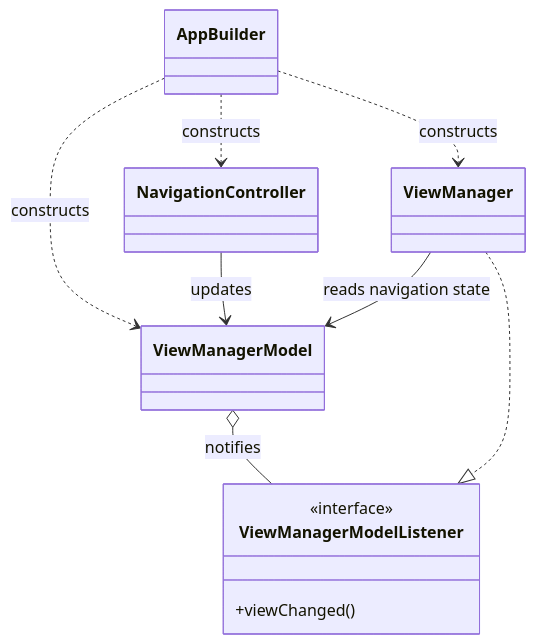
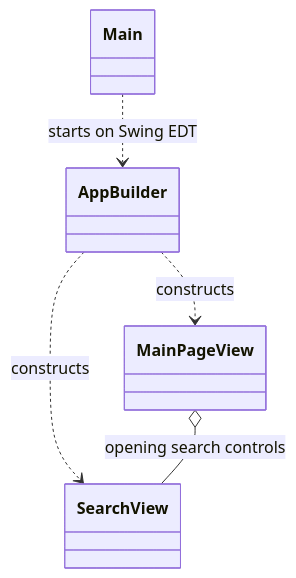
Before and after one commit to CSC207-2025F-UofT/team-project: the first of 2 diagrams in README.md, drawn with Mermaid. The commit also changed other lines of this file and 116 other files, not shown here.

````diff
--- a/README.md
+++ b/README.md
@@ -289,18 +289,11 @@
 ```mermaid
 classDiagram
+    class Main
     class AppBuilder
-    class NavigationController
-    class ViewManagerModel
-    class ViewManagerModelListener {
-        <<interface>>
-        +viewChanged()
-    }
-    class ViewManager
-    AppBuilder ..> NavigationController : constructs
-    AppBuilder ..> ViewManagerModel : constructs
-    AppBuilder ..> ViewManager : constructs
-    NavigationController --> ViewManagerModel : updates
-    ViewManagerModel o-- ViewManagerModelListener : notifies
-    ViewManager ..|> ViewManagerModelListener
-    ViewManager --> ViewManagerModel : reads navigation state
+    class MainPageView
+    class SearchView
+    Main ..> AppBuilder : starts on Swing EDT
+    AppBuilder ..> MainPageView : constructs
+    AppBuilder ..> SearchView : constructs
+    MainPageView o-- SearchView : opening search controls
 ```
````
